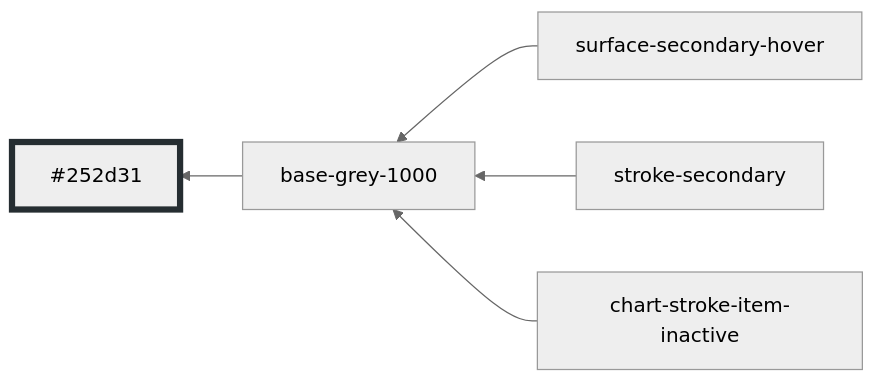
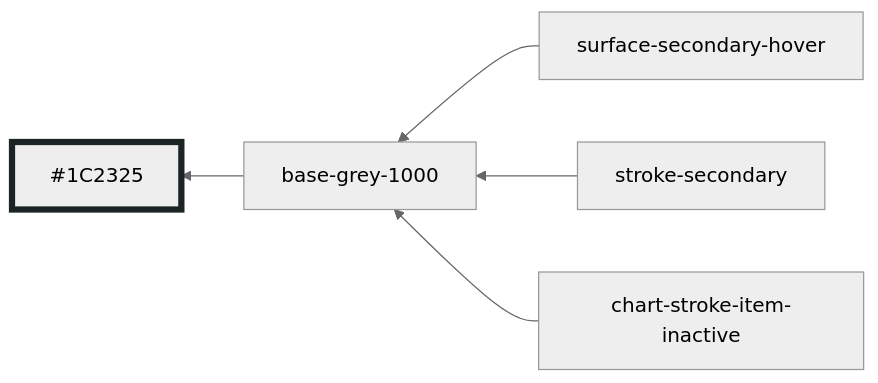
One commit to oxidecomputer/console changed diagram 26 of 30 in libs/ui/styles/themes/main.md. Above: the diagram before and after it, drawn with Mermaid (neutral theme). The commit also changed other lines of this file and 2 other files, not shown here.

````diff
--- a/libs/ui/styles/themes/main.md
+++ b/libs/ui/styles/themes/main.md
@@ -328,9 +328,9 @@
 ```mermaid
 graph RL
-  base-grey-1000 --> #252d31:::base-grey-1000
+  base-grey-1000 --> #1C2325:::base-grey-1000
   surface-secondary-hover --> base-grey-1000
   stroke-secondary --> base-grey-1000
   chart-stroke-item-inactive --> base-grey-1000
 
-  classDef base-grey-1000 stroke-width:5,stroke:#252d31
+  classDef base-grey-1000 stroke-width:5,stroke:#1C2325
 ```
````
